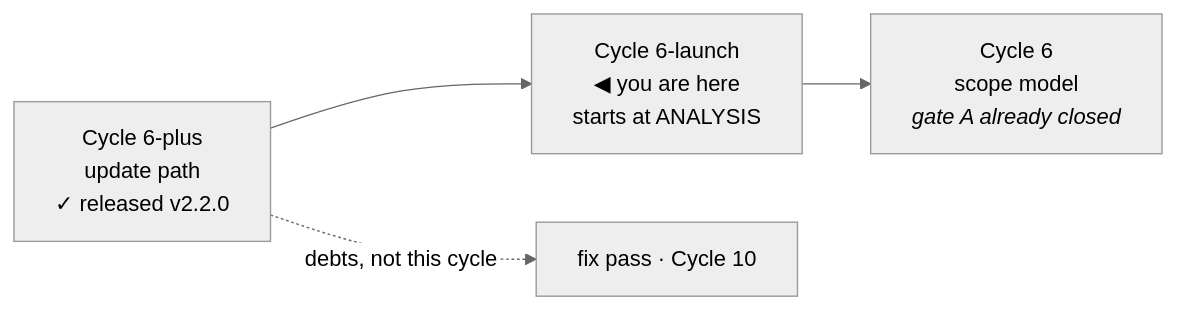
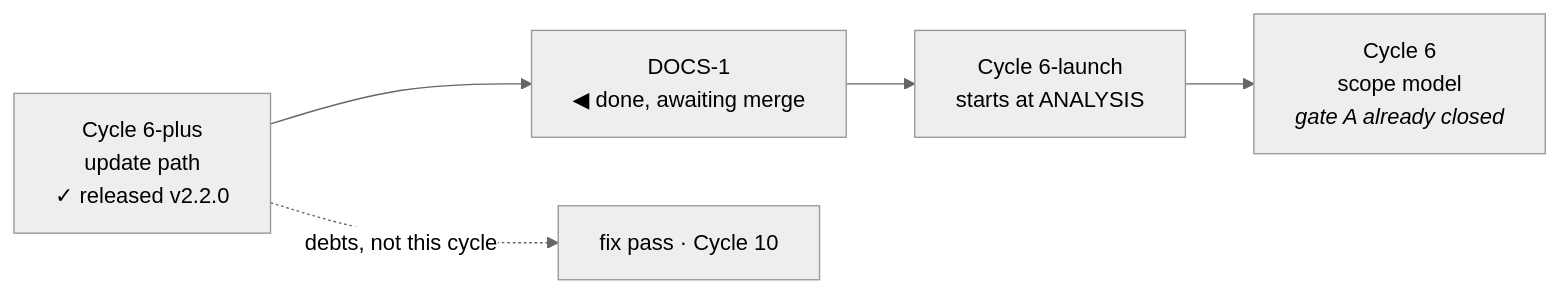
Before and after one commit to alergyonthestage/ytdl: the diagram in docs/maintainers/handoff.md, drawn with Mermaid (neutral theme). The commit also changed other lines of this file, not shown here.

````diff
--- a/docs/maintainers/handoff.md
+++ b/docs/maintainers/handoff.md
@@ -12,6 +14,7 @@
 ```mermaid
 flowchart LR
-  U["Cycle 6-plus<br/>update path<br/>✓ released v2.2.0"] --> L["Cycle 6-launch<br/>◀ you are here<br/>starts at ANALYSIS"]
+  U["Cycle 6-plus<br/>update path<br/>✓ released v2.2.0"] --> D["DOCS-1<br/>◀ done, awaiting merge"]
+  D --> L["Cycle 6-launch<br/>starts at ANALYSIS"]
   L --> M["Cycle 6<br/>scope model<br/><i>gate A already closed</i>"]
-  U -.->|"debts, not this cycle"| D["fix pass · Cycle 10"]
+  U -.->|"debts, not this cycle"| F["fix pass · Cycle 10"]
 ```
````
